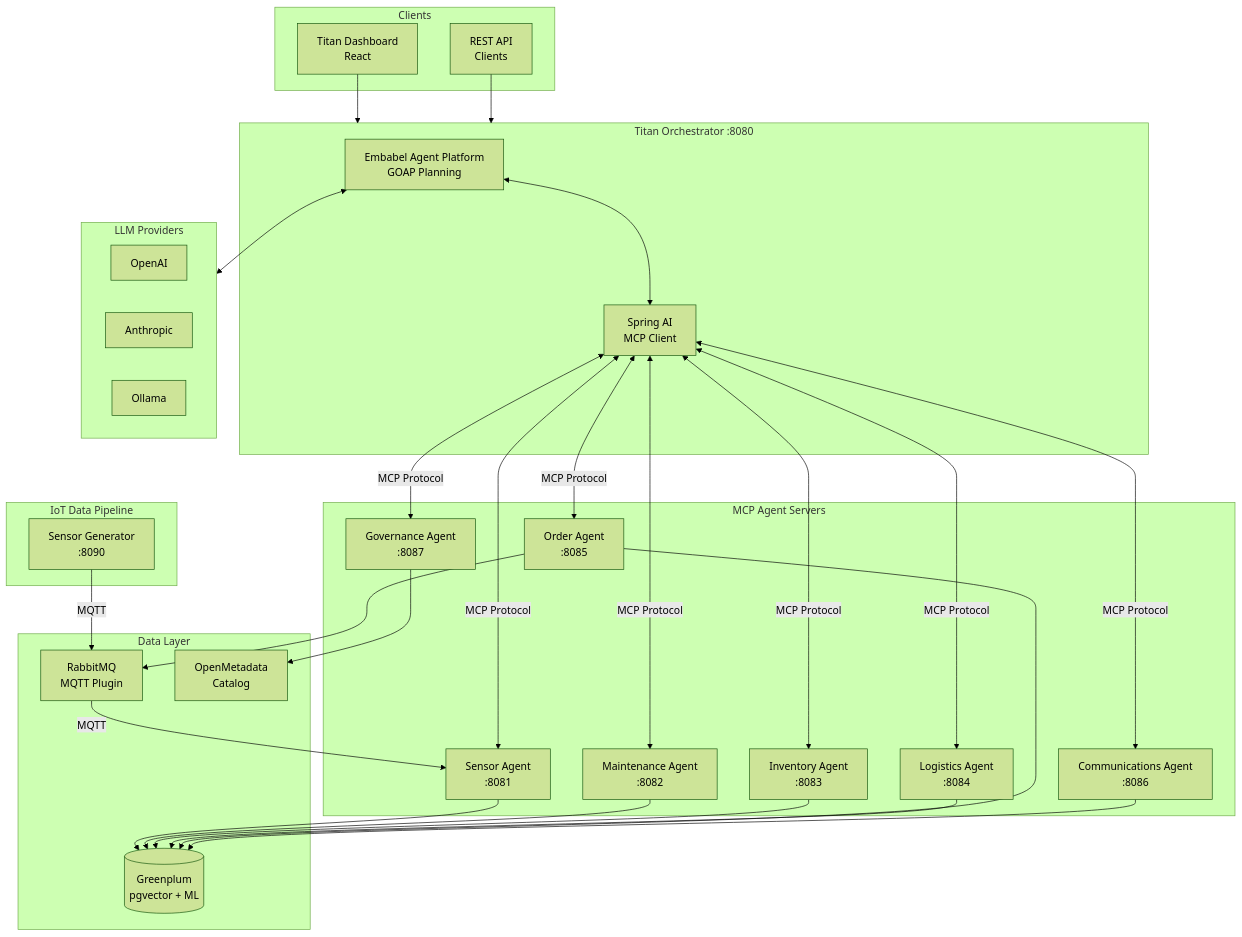
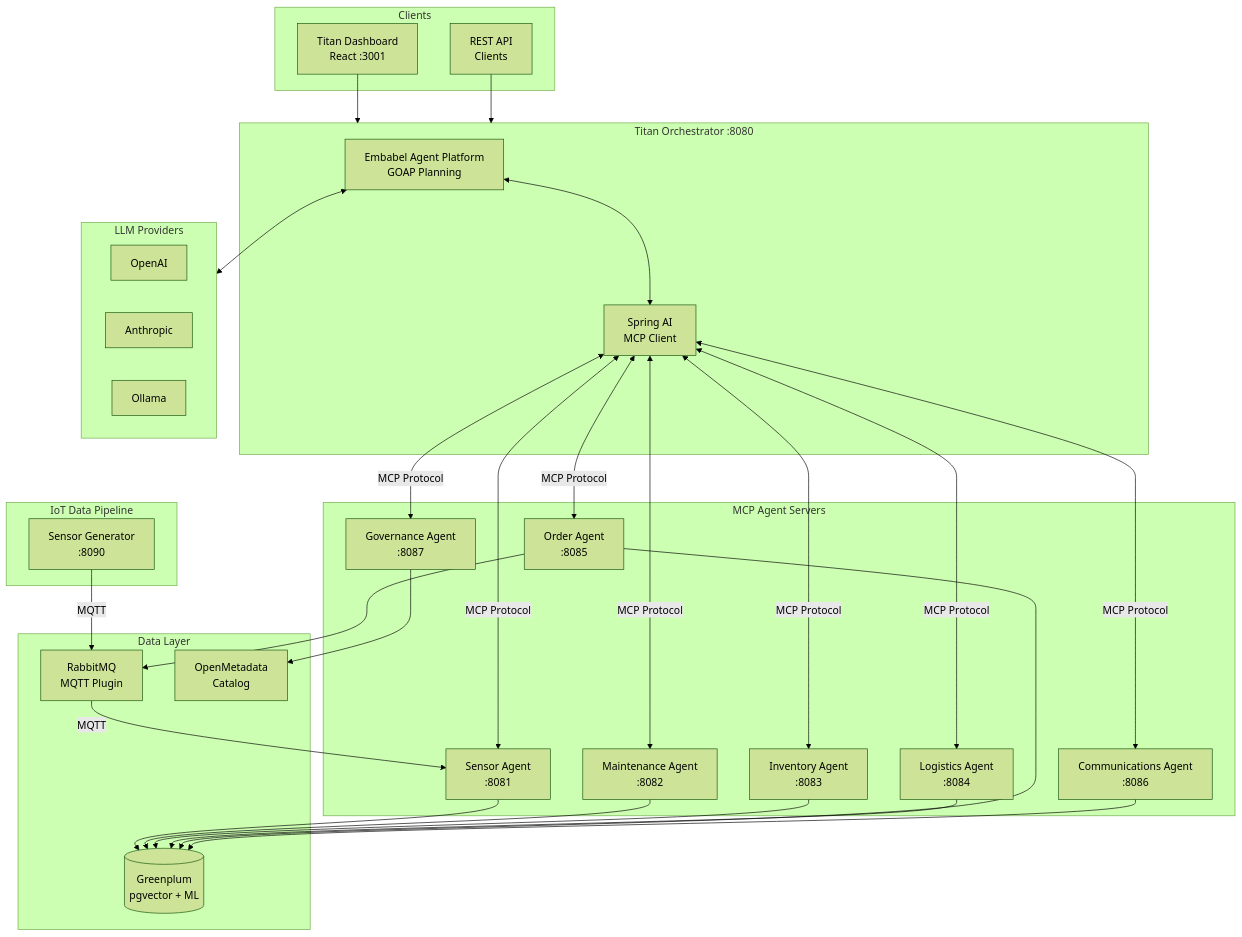
The diagram in README.md (dbbaskette/titan-manufacturing), drawn with Mermaid (forest theme) before and after one commit. The commit also changed other lines of this file and 117 other files, not shown here.

````diff
--- a/README.md
+++ b/README.md
@@ -60,62 +51,62 @@
 ```mermaid
 flowchart TB
     subgraph Clients
-        UI[Titan Dashboard<br/>React]
+        UI[Titan Dashboard<br/>React :3001]
         API[REST API<br/>Clients]
     end
 
     subgraph Orchestrator["Titan Orchestrator :8080"]
         EMB[Embabel Agent Platform<br/>GOAP Planning]
         MCP_C[Spring AI<br/>MCP Client]
     end
 
     subgraph MCP_Agents["MCP Agent Servers"]
         SENS[Sensor Agent<br/>:8081]
         MAINT[Maintenance Agent<br/>:8082]
         INV[Inventory Agent<br/>:8083]
         LOG[Logistics Agent<br/>:8084]
         ORD[Order Agent<br/>:8085]
         COMM[Communications Agent<br/>:8086]
         GOV[Governance Agent<br/>:8087]
     end
 
     subgraph IoT["IoT Data Pipeline"]
         GEN[Sensor Generator<br/>:8090]
     end
 
     subgraph Data["Data Layer"]
         GP[(Greenplum<br/>pgvector + ML)]
         RMQ[RabbitMQ<br/>MQTT Plugin]
         OM[OpenMetadata<br/>Catalog]
     end
 
     subgraph LLM["LLM Providers"]
         OAI[OpenAI]
         ANT[Anthropic]
         OLL[Ollama]
     end
 
     UI --> Orchestrator
     API --> Orchestrator
     EMB <--> MCP_C
     MCP_C <-->|MCP Protocol| SENS
     MCP_C <-->|MCP Protocol| MAINT
     MCP_C <-->|MCP Protocol| INV
     MCP_C <-->|MCP Protocol| LOG
     MCP_C <-->|MCP Protocol| ORD
     MCP_C <-->|MCP Protocol| COMM
     MCP_C <-->|MCP Protocol| GOV
 
     GEN -->|MQTT| RMQ
     RMQ -->|MQTT| SENS
     SENS --> GP
     MAINT --> GP
     INV --> GP
     LOG --> GP
     ORD --> GP
     ORD --> RMQ
     COMM --> GP
     GOV --> OM
 
     EMB <--> LLM
 ```
````
